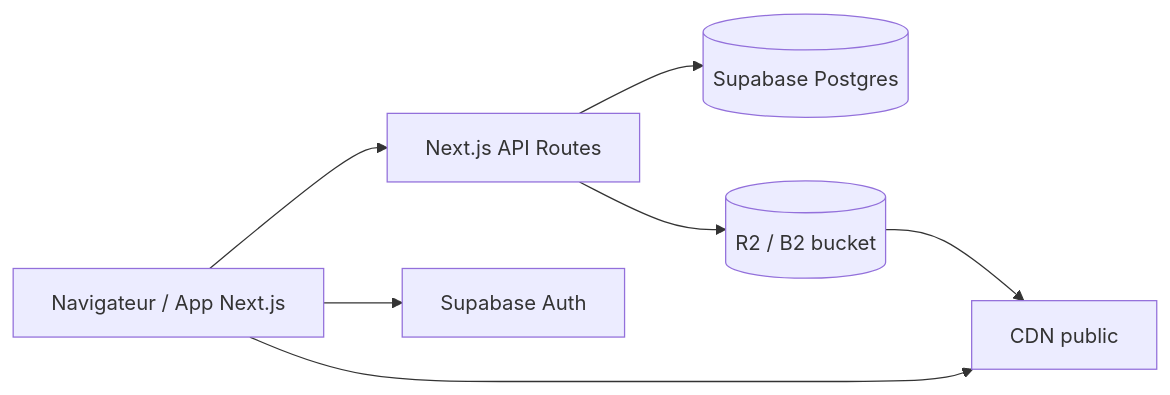
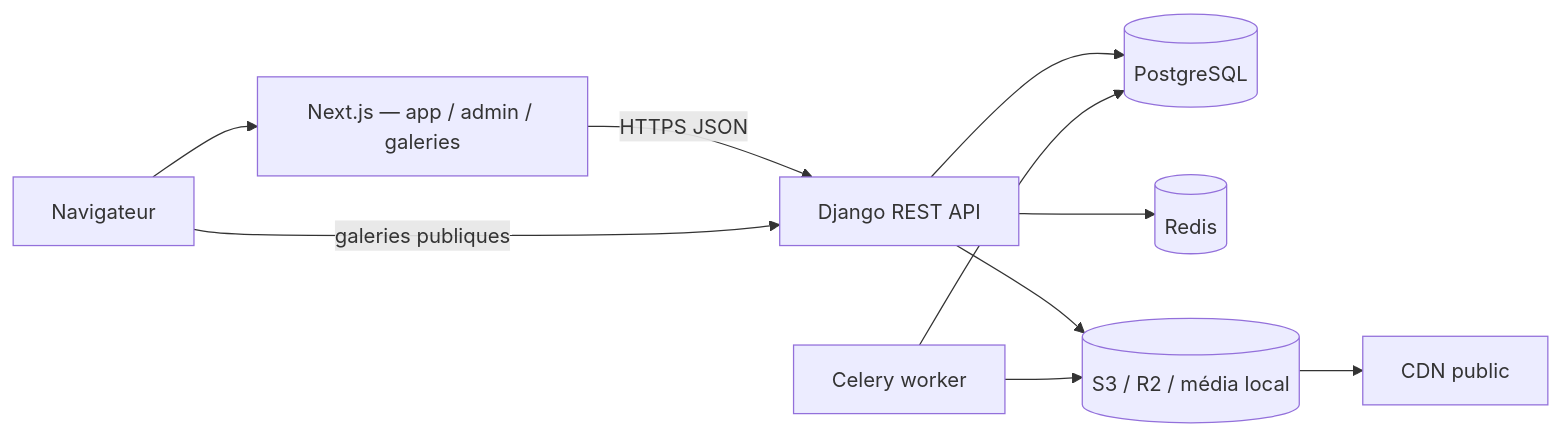
One commit to sandjonyves/Pixeo changed the diagram in docs/ARCHITECTURE.md. Above: the diagram before and after it, drawn with Mermaid. The commit also changed other lines of this file and 6 other files, not shown here.

````diff
--- a/docs/ARCHITECTURE.md
+++ b/docs/ARCHITECTURE.md
@@ -8,16 +20,21 @@
 ```mermaid
 flowchart LR
-  Client[Navigateur / App Next.js]
-  Next[Next.js API Routes]
-  SB[(Supabase Postgres)]
-  Auth[Supabase Auth]
-  R2[(R2 / B2 bucket)]
+  Browser[Navigateur]
+  Next[Next.js — app / admin / galeries]
+  API[Django REST API]
+  DB[(PostgreSQL)]
+  Redis[(Redis)]
+  Worker[Celery worker]
+  Storage[(S3 / R2 / média local)]
   CDN[CDN public]
 
-  Client --> Next
-  Client --> Auth
-  Next --> SB
-  Next --> R2
-  R2 --> CDN
-  Client --> CDN
+  Browser --> Next
+  Next -->|HTTPS JSON| API
+  Browser -->|galeries publiques| API
+  API --> DB
+  API --> Redis
+  API --> Storage
+  Worker --> DB
+  Worker --> Storage
+  Storage --> CDN
 ```
````
